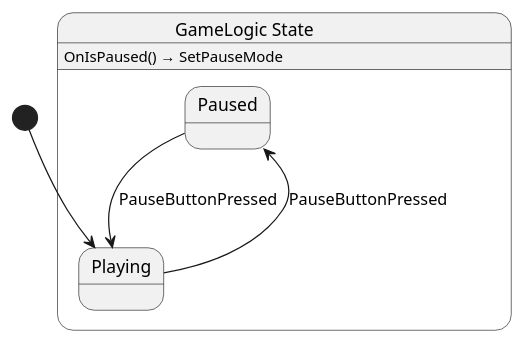
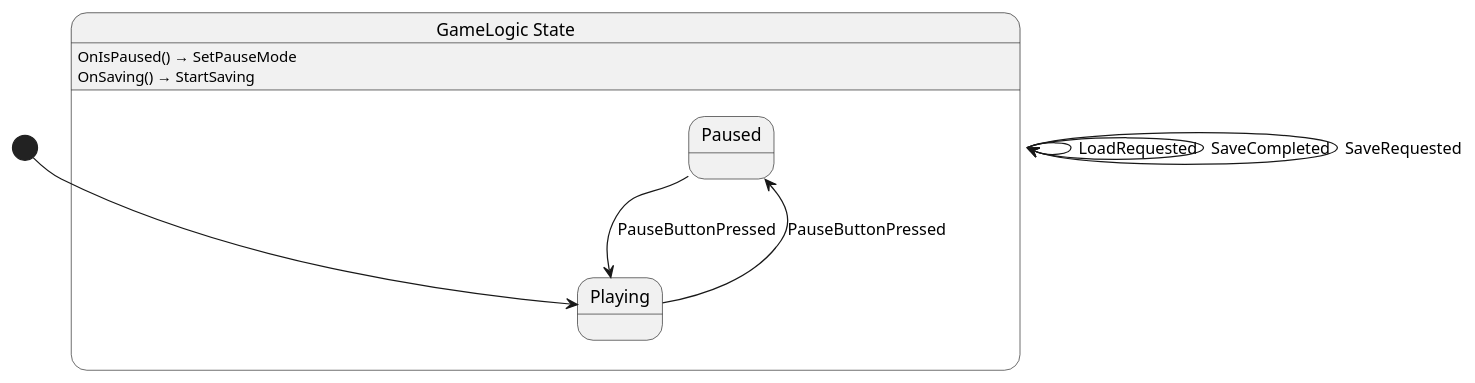
One commit to Nilsiker/Adventure changed the diagram in src/game/state/GameLogic.g.puml. Above: the diagram before and after it, drawn with PlantUML. The commit also changed 15 other files, not shown here.

```diff
--- a/src/game/state/GameLogic.g.puml
+++ b/src/game/state/GameLogic.g.puml
@@ -1,13 +1,17 @@
 @startuml GameLogic
 state "GameLogic State" as Shellguard_Game_State_GameLogic_State {
   state "Paused" as Shellguard_Game_State_GameLogic_State_Paused
   state "Playing" as Shellguard_Game_State_GameLogic_State_Playing
 }
 
+Shellguard_Game_State_GameLogic_State --> Shellguard_Game_State_GameLogic_State : LoadRequested
+Shellguard_Game_State_GameLogic_State --> Shellguard_Game_State_GameLogic_State : SaveCompleted
+Shellguard_Game_State_GameLogic_State --> Shellguard_Game_State_GameLogic_State : SaveRequested
 Shellguard_Game_State_GameLogic_State_Paused --> Shellguard_Game_State_GameLogic_State_Playing : PauseButtonPressed
 Shellguard_Game_State_GameLogic_State_Playing --> Shellguard_Game_State_GameLogic_State_Paused : PauseButtonPressed
 
 Shellguard_Game_State_GameLogic_State : OnIsPaused() → SetPauseMode
+Shellguard_Game_State_GameLogic_State : OnSaving() → StartSaving
 
 [*] --> Shellguard_Game_State_GameLogic_State_Playing
 @enduml
```
